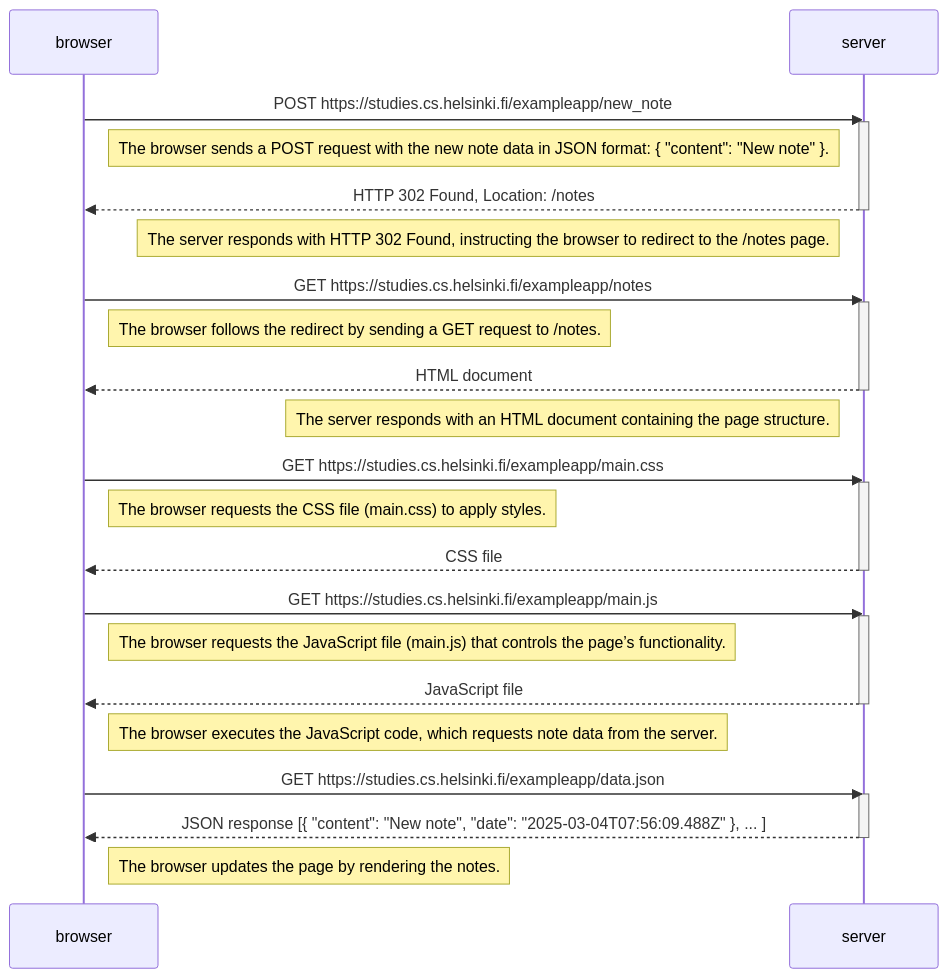
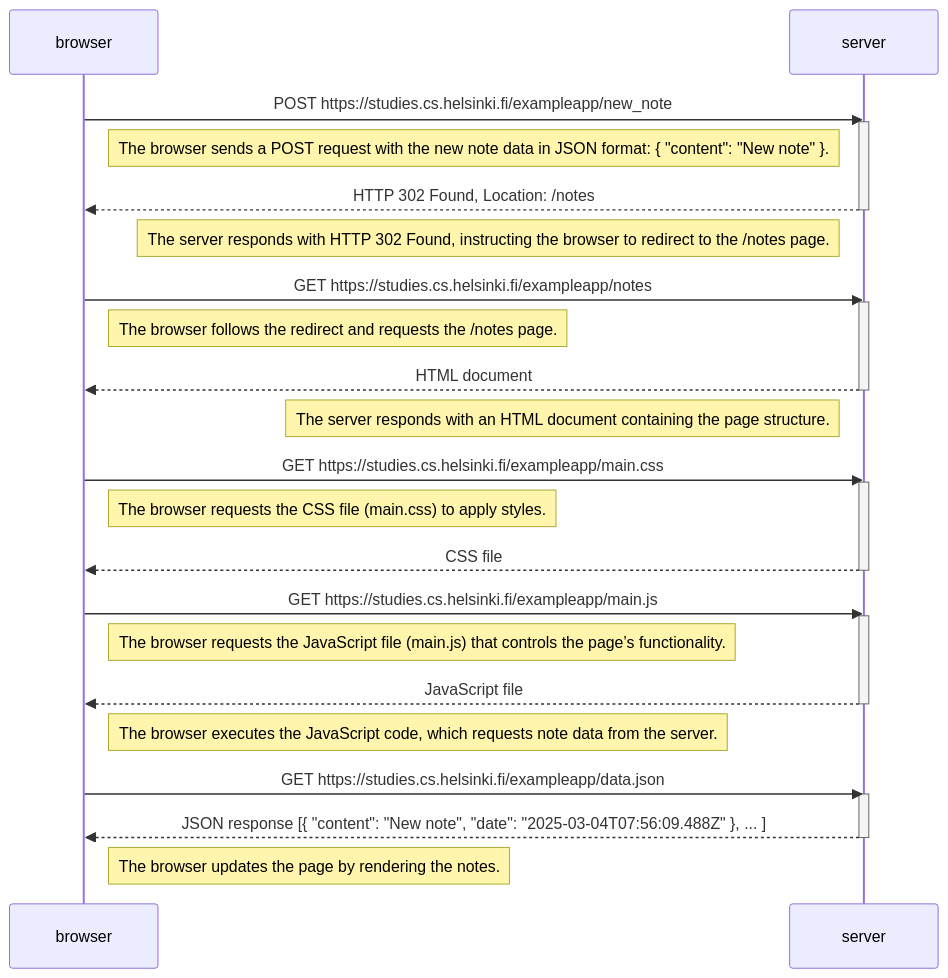
The first of 3 diagrams in osa0/README.md (Maahantuoja/mooc_fullstackopen_palautusrepositorio), drawn with Mermaid before and after one commit. The commit also changed other lines of this file, not shown here.

````diff
--- a/osa0/README.md
+++ b/osa0/README.md
@@ -5,50 +5,50 @@
 ```mermaid
 sequenceDiagram
     participant browser
     participant server
     
     browser->>server: POST https://studies.cs.helsinki.fi/exampleapp/new_note
     activate server
 
     Note right of browser: The browser sends a POST request with the new note data in JSON format: { "content": "New note" }.
 
     server-->>browser: HTTP 302 Found, Location: /notes
     deactivate server
 
     Note left of server: The server responds with HTTP 302 Found, instructing the browser to redirect to the /notes page.
 
     browser->>server: GET https://studies.cs.helsinki.fi/exampleapp/notes
     activate server
 
-    Note right of browser: The browser follows the redirect by sending a GET request to /notes.
+    Note right of browser: The browser follows the redirect and requests the /notes page.
 
     server-->>browser: HTML document
     deactivate server
 
     Note left of server: The server responds with an HTML document containing the page structure.
 
     browser->>server: GET https://studies.cs.helsinki.fi/exampleapp/main.css
     activate server
 
     Note right of browser: The browser requests the CSS file (main.css) to apply styles.
 
     server-->>browser: CSS file
     deactivate server
     
     browser->>server: GET https://studies.cs.helsinki.fi/exampleapp/main.js
     activate server
 
     Note right of browser: The browser requests the JavaScript file (main.js) that controls the page’s functionality.
 
     server-->>browser: JavaScript file
     deactivate server
     
     Note right of browser: The browser executes the JavaScript code, which requests note data from the server.
 
     browser->>server: GET https://studies.cs.helsinki.fi/exampleapp/data.json
     activate server
     server-->>browser: JSON response [{ "content": "New note", "date": "2025-03-04T07:56:09.488Z" }, ... ]
     deactivate server    
 
     Note right of browser: The browser updates the page by rendering the notes.
 ```
````
